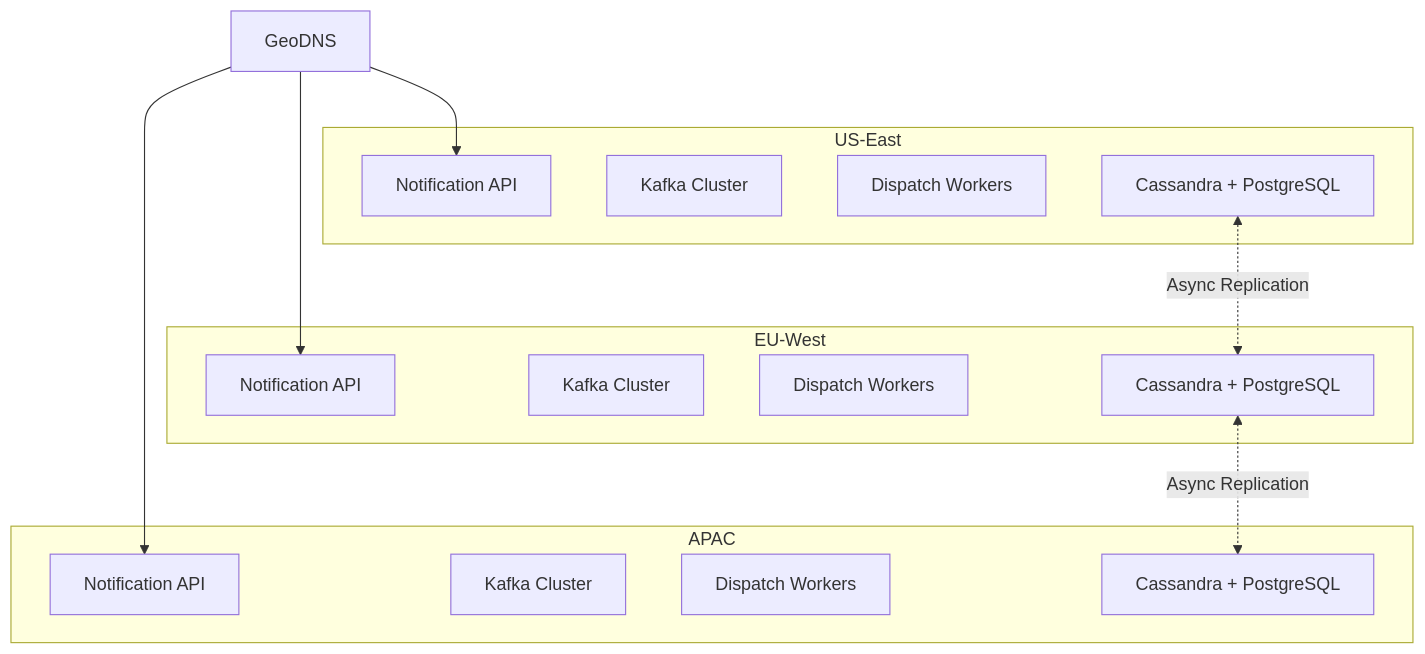
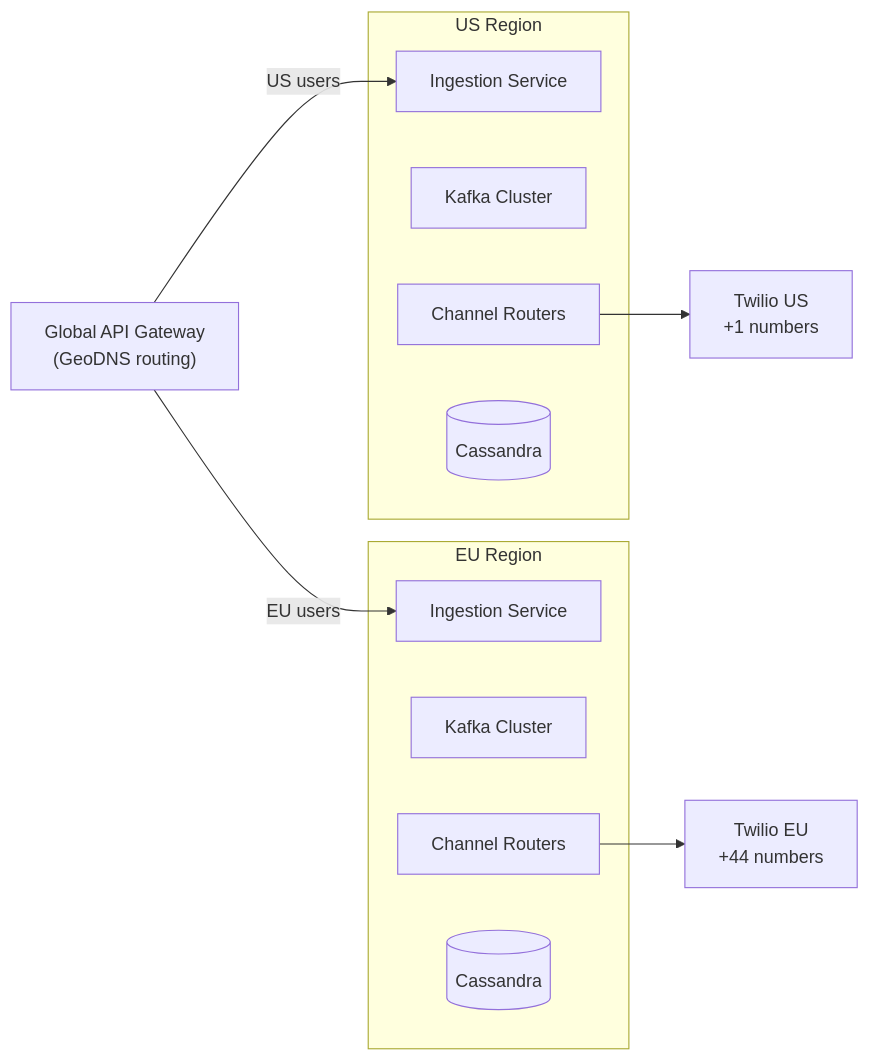
The fifth of 5 diagrams in docs/system-design/hld/real-world-systems/notification-service.md (deepjyoti-dj7/JustDoIT), drawn with Mermaid before and after one commit. The commit also changed other lines of this file and 8 other files, not shown here.

````diff
--- a/docs/system-design/hld/real-world-systems/notification-service.md
+++ b/docs/system-design/hld/real-world-systems/notification-service.md
@@ -821,25 +616,19 @@
 ```mermaid
-graph TB
-    subgraph "US-East"
-        API_US["Notification API"]
-        Kafka_US["Kafka Cluster"]
-        Workers_US["Dispatch Workers"]
-        DB_US["Cassandra + PostgreSQL"]
+flowchart LR
+    subgraph US ["US Region"]
+        USIngestion["Ingestion Service"]
+        USKafka["Kafka Cluster"]
+        USRouter["Channel Routers"]
+        USCass[("Cassandra")]
     end
-    subgraph "EU-West"
-        API_EU["Notification API"]
-        Kafka_EU["Kafka Cluster"]
-        Workers_EU["Dispatch Workers"]
-        DB_EU["Cassandra + PostgreSQL"]
+    subgraph EU ["EU Region"]
+        EUIngestion["Ingestion Service"]
+        EUKafka["Kafka Cluster"]
+        EURouter["Channel Routers"]
+        EUCass[("Cassandra")]
     end
-    subgraph "APAC"
-        API_AP["Notification API"]
-        Kafka_AP["Kafka Cluster"]
-        Workers_AP["Dispatch Workers"]
-        DB_AP["Cassandra + PostgreSQL"]
-    end
-
-    GeoDNS["GeoDNS"] --> API_US & API_EU & API_AP
-    DB_US <-.->|Async Replication| DB_EU
-    DB_EU <-.->|Async Replication| DB_AP
+    AG["Global API Gateway\n(GeoDNS routing)"] -->|EU users| EUIngestion
+    AG -->|US users| USIngestion
+    EURouter --> EuTwilio["Twilio EU\n+44 numbers"]
+    USRouter --> UsTwilio["Twilio US\n+1 numbers"]
 ```
````
